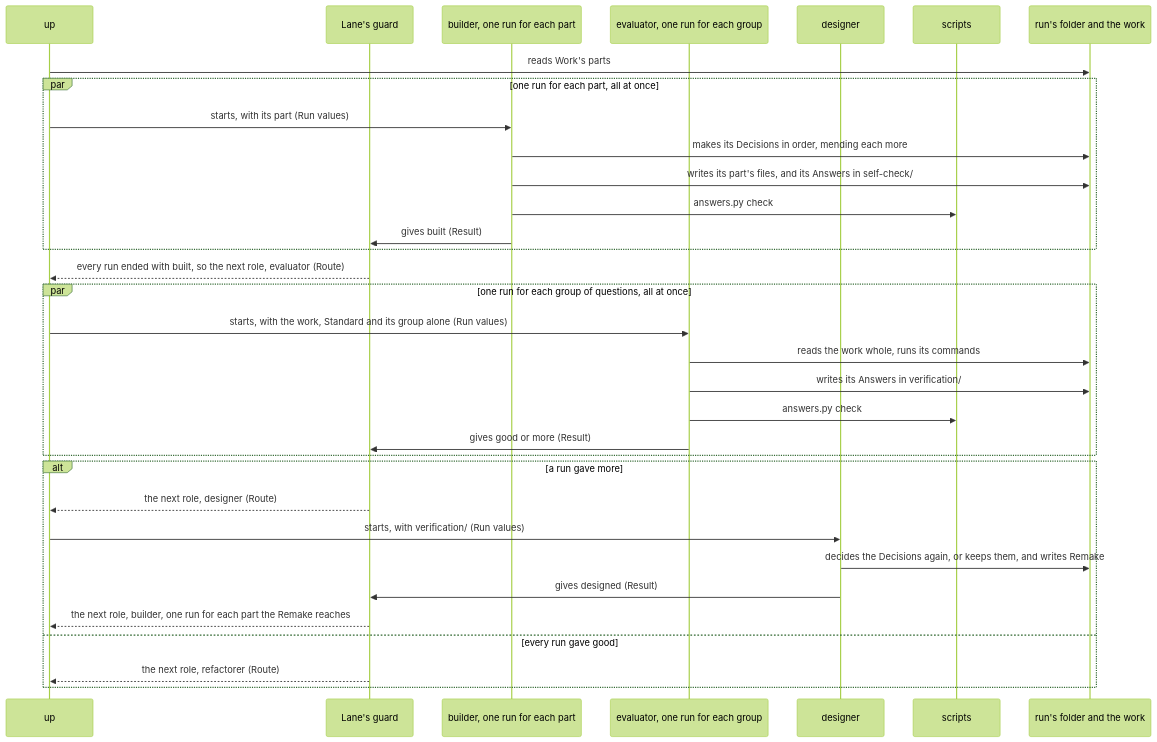
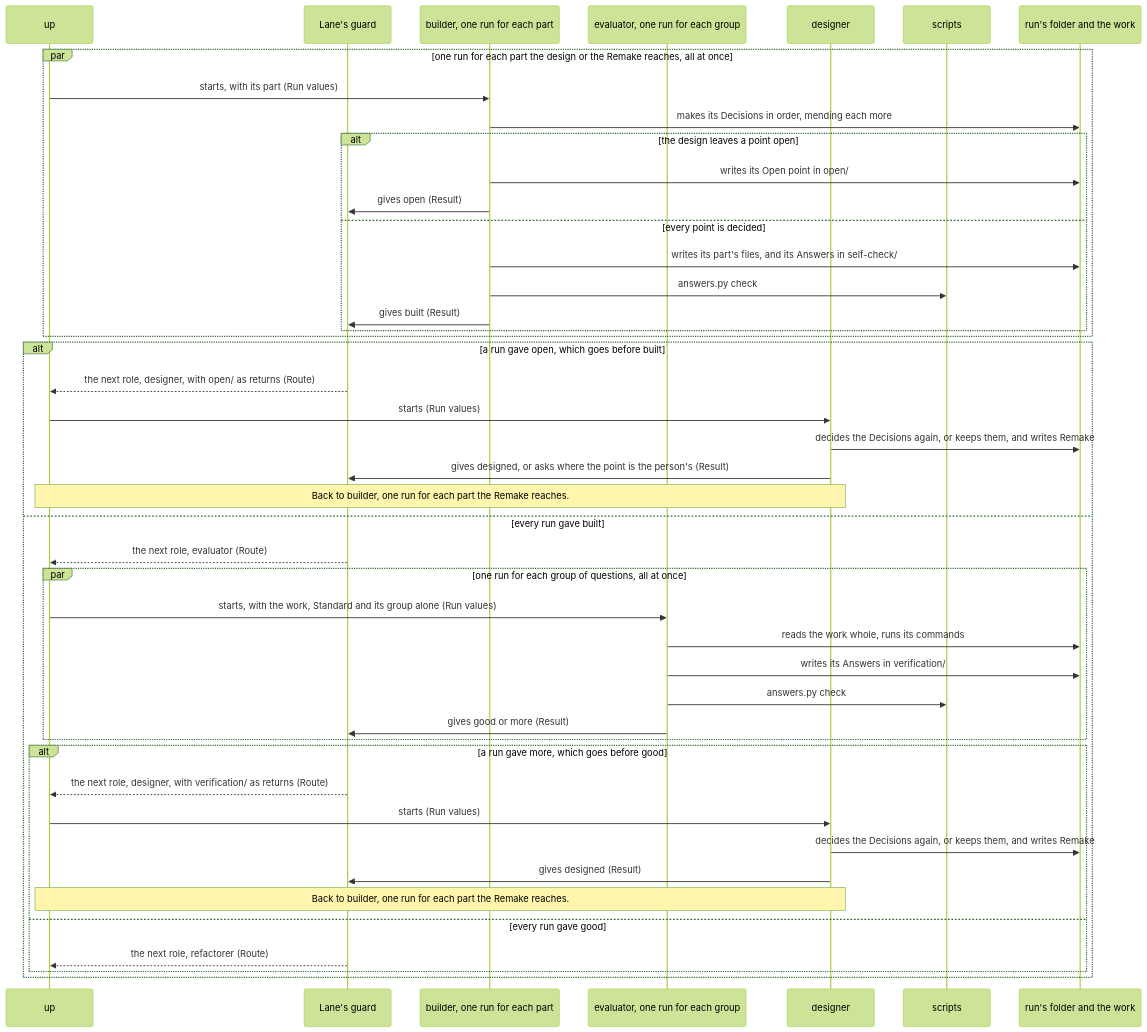
Before and after one commit to lovaizu/ccpm: the fourth of 9 diagrams in dev/turn/architecture.md, drawn with Mermaid (forest theme). The commit also changed other lines of this file and 4 other files, not shown here.

````diff
--- a/dev/turn/architecture.md
+++ b/dev/turn/architecture.md
@@ -419,35 +437,47 @@
 ```mermaid
 sequenceDiagram
   participant U as up
   participant G as Lane's guard
   participant B as builder, one run for each part
   participant E as evaluator, one run for each group
   participant D as designer
   participant S as scripts
   participant F as run's folder and the work
-  U->>F: reads Work's parts
-  par one run for each part, all at once
+  par one run for each part the design or the Remake reaches, all at once
     U->>B: starts, with its part (Run values)
     B->>F: makes its Decisions in order, mending each more
-    B->>F: writes its part's files, and its Answers in self-check/
-    B->>S: answers.py check
-    B->>G: gives built (Result)
+    alt the design leaves a point open
+      B->>F: writes its Open point in open/
+      B->>G: gives open (Result)
+    else every point is decided
+      B->>F: writes its part's files, and its Answers in self-check/
+      B->>S: answers.py check
+      B->>G: gives built (Result)
+    end
   end
-  G-->>U: every run ended with built, so the next role, evaluator (Route)
-  par one run for each group of questions, all at once
-    U->>E: starts, with the work, Standard and its group alone (Run values)
-    E->>F: reads the work whole, runs its commands
-    E->>F: writes its Answers in verification/
-    E->>S: answers.py check
-    E->>G: gives good or more (Result)
-  end
-  alt a run gave more
-    G-->>U: the next role, designer (Route)
-    U->>D: starts, with verification/ (Run values)
+  alt a run gave open, which goes before built
+    G-->>U: the next role, designer, with open/ as returns (Route)
+    U->>D: starts (Run values)
     D->>F: decides the Decisions again, or keeps them, and writes Remake
-    D->>G: gives designed (Result)
-    G-->>U: the next role, builder, one run for each part the Remake reaches
-  else every run gave good
-    G-->>U: the next role, refactorer (Route)
+    D->>G: gives designed, or asks where the point is the person's (Result)
+    Note over U,D: Back to builder, one run for each part the Remake reaches.
+  else every run gave built
+    G-->>U: the next role, evaluator (Route)
+    par one run for each group of questions, all at once
+      U->>E: starts, with the work, Standard and its group alone (Run values)
+      E->>F: reads the work whole, runs its commands
+      E->>F: writes its Answers in verification/
+      E->>S: answers.py check
+      E->>G: gives good or more (Result)
+    end
+    alt a run gave more, which goes before good
+      G-->>U: the next role, designer, with verification/ as returns (Route)
+      U->>D: starts (Run values)
+      D->>F: decides the Decisions again, or keeps them, and writes Remake
+      D->>G: gives designed (Result)
+      Note over U,D: Back to builder, one run for each part the Remake reaches.
+    else every run gave good
+      G-->>U: the next role, refactorer (Route)
+    end
   end
 ```
````
